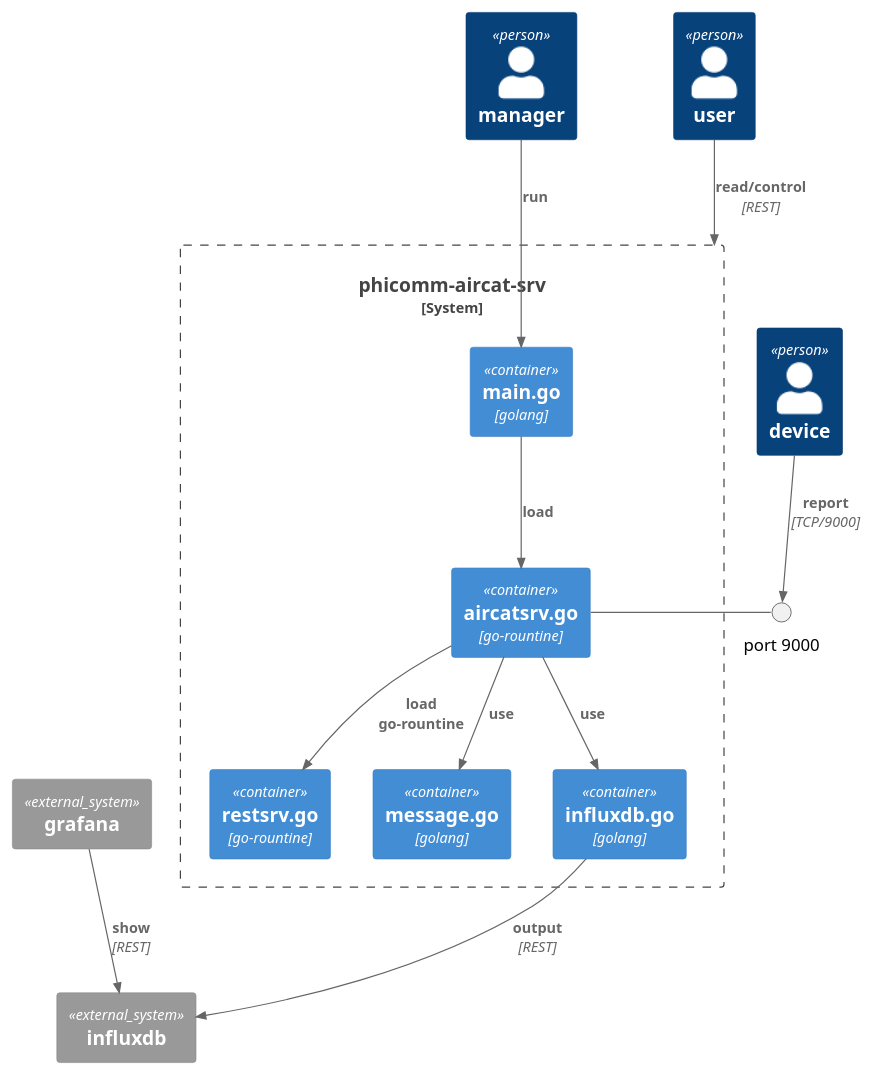
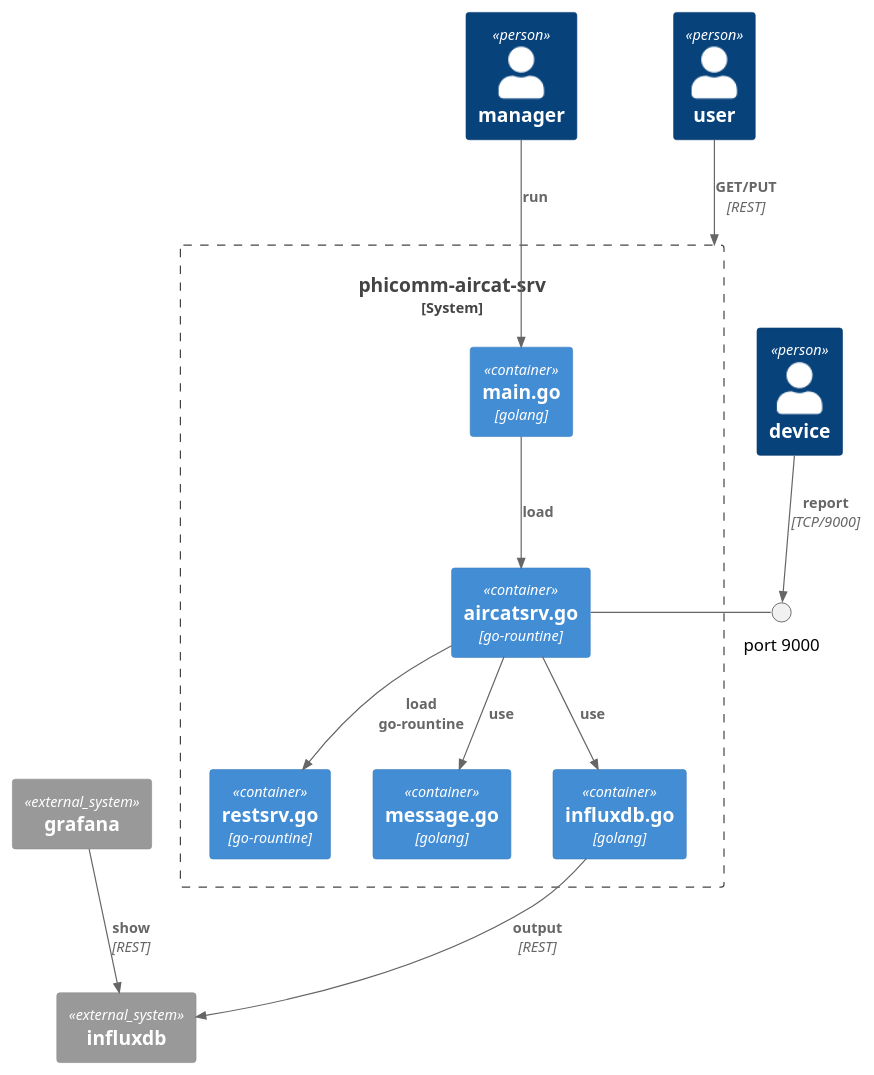
Before and after one commit to corbamico/phicomm-aircat-srv: the diagram in docs/picture/programme.puml, drawn with PlantUML. The commit also changed 2 other files, not shown here.

```diff
--- a/docs/picture/programme.puml
+++ b/docs/picture/programme.puml
@@ -1,41 +1,41 @@
 @startuml programme
 !include <c4/C4_Container.puml>
 
 Person(manager,"manager")
 Person(user,"user")
 Person(device,"device")
 
 
 
 System_Boundary(phicommaircatsrv, "phicomm-aircat-srv"){
     Container(main,"main.go","golang")
     'Container(conf,"config.go","golang")
     Container(aircatsrv,"aircatsrv.go","go-rountine")
     Container(restsrv,"restsrv.go","go-rountine")
     Container(message,"message.go","golang") 
     Container(output,"influxdb.go","golang") 
     'Rel(main, conf,"use")
     Rel(main, aircatsrv,"load")
     'Rel(aircatsrv, conf,"use")
     Rel(aircatsrv, restsrv,"load\ngo-rountine")
     Rel(aircatsrv, message,"use")
     Rel(aircatsrv, output,"use")
     
 }
 
     System_Ext(influxdb, "influxdb")
     System_Ext(grafana, "grafana")
 
 interface port as "port 9000"
 aircatsrv-port
 
 Rel(device, port, "report", "TCP/9000")
 Rel(manager, main, "run")
-Rel(user, phicommaircatsrv, "read/control", "REST")
+Rel(user, phicommaircatsrv, "GET/PUT", "REST")
 
 Rel(output, influxdb, "output", "REST")
 Rel(grafana, influxdb, "show", "REST")
 
 
 
 @enduml
```
